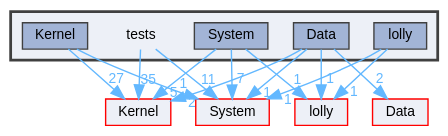
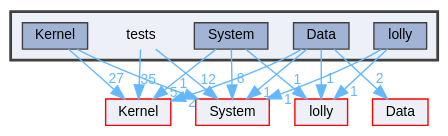
One commit to XmacsLabs/lolly changed the diagram in dir_59425e443f801f1f2fd8bbe4959a3ccf_dep.dot. Above: the diagram before and after it, drawn with Graphviz. The commit also changed 79 other files, not shown here.

```diff
--- a/dir_59425e443f801f1f2fd8bbe4959a3ccf_dep.dot
+++ b/dir_59425e443f801f1f2fd8bbe4959a3ccf_dep.dot
@@ -1,33 +1,33 @@
 digraph "tests"
 {
  // LATEX_PDF_SIZE
   bgcolor="transparent";
   edge [fontname=Helvetica,fontsize=10,labelfontname=Helvetica,labelfontsize=10];
   node [fontname=Helvetica,fontsize=10,shape=box,height=0.2,width=0.4];
   compound=true
   subgraph clusterdir_59425e443f801f1f2fd8bbe4959a3ccf {
     graph [ bgcolor="#edf0f7", pencolor="grey25", label="", fontname=Helvetica,fontsize=10 style="filled,bold", URL="dir_59425e443f801f1f2fd8bbe4959a3ccf.html",tooltip=""]
     dir_59425e443f801f1f2fd8bbe4959a3ccf [shape=plaintext, label="tests"];
   dir_0e16d6e1be87168091a429944e6ef96f [label="Data", fillcolor="#a2b4d6", color="grey25", style="filled", URL="dir_0e16d6e1be87168091a429944e6ef96f.html",tooltip=""];
   dir_b3a824bd1972d499ced956e15ea89baa [label="Kernel", fillcolor="#a2b4d6", color="grey25", style="filled", URL="dir_b3a824bd1972d499ced956e15ea89baa.html",tooltip=""];
   dir_906012d88d63f17afb541864e9a9bce2 [label="lolly", fillcolor="#a2b4d6", color="grey25", style="filled", URL="dir_906012d88d63f17afb541864e9a9bce2.html",tooltip=""];
   dir_df16762c41d55ab81241d1dd50493298 [label="System", fillcolor="#a2b4d6", color="grey25", style="filled", URL="dir_df16762c41d55ab81241d1dd50493298.html",tooltip=""];
   }
   dir_4e4e38b7a3cbd015b31043c806009c51 [label="lolly", fillcolor="#edf0f7", color="red", style="filled", URL="dir_4e4e38b7a3cbd015b31043c806009c51.html",tooltip=""];
   dir_52bed8acfaac088d5968cb2c84d7645d [label="Kernel", fillcolor="#edf0f7", color="red", style="filled", URL="dir_52bed8acfaac088d5968cb2c84d7645d.html",tooltip=""];
   dir_9af51e3826d4f9e80d9103b2de543e84 [label="System", fillcolor="#edf0f7", color="red", style="filled", URL="dir_9af51e3826d4f9e80d9103b2de543e84.html",tooltip=""];
   dir_e3d743d0ec9b4013b28b5d69101bc7fb [label="Data", fillcolor="#edf0f7", color="red", style="filled", URL="dir_e3d743d0ec9b4013b28b5d69101bc7fb.html",tooltip=""];
   dir_59425e443f801f1f2fd8bbe4959a3ccf->dir_52bed8acfaac088d5968cb2c84d7645d [headlabel="35", labeldistance=1.5 headhref="dir_000037_000020.html" color="steelblue1" fontcolor="steelblue1"];
-  dir_59425e443f801f1f2fd8bbe4959a3ccf->dir_9af51e3826d4f9e80d9103b2de543e84 [headlabel="11", labeldistance=1.5 headhref="dir_000037_000034.html" color="steelblue1" fontcolor="steelblue1"];
+  dir_59425e443f801f1f2fd8bbe4959a3ccf->dir_9af51e3826d4f9e80d9103b2de543e84 [headlabel="12", labeldistance=1.5 headhref="dir_000037_000034.html" color="steelblue1" fontcolor="steelblue1"];
   dir_0e16d6e1be87168091a429944e6ef96f->dir_52bed8acfaac088d5968cb2c84d7645d [headlabel="2", labeldistance=1.5 headhref="dir_000009_000020.html" color="steelblue1" fontcolor="steelblue1"];
   dir_0e16d6e1be87168091a429944e6ef96f->dir_4e4e38b7a3cbd015b31043c806009c51 [headlabel="1", labeldistance=1.5 headhref="dir_000009_000023.html" color="steelblue1" fontcolor="steelblue1"];
   dir_0e16d6e1be87168091a429944e6ef96f->dir_9af51e3826d4f9e80d9103b2de543e84 [headlabel="1", labeldistance=1.5 headhref="dir_000009_000034.html" color="steelblue1" fontcolor="steelblue1"];
   dir_0e16d6e1be87168091a429944e6ef96f->dir_e3d743d0ec9b4013b28b5d69101bc7fb [headlabel="2", labeldistance=1.5 headhref="dir_000009_000007.html" color="steelblue1" fontcolor="steelblue1"];
   dir_b3a824bd1972d499ced956e15ea89baa->dir_52bed8acfaac088d5968cb2c84d7645d [headlabel="27", labeldistance=1.5 headhref="dir_000021_000020.html" color="steelblue1" fontcolor="steelblue1"];
   dir_b3a824bd1972d499ced956e15ea89baa->dir_9af51e3826d4f9e80d9103b2de543e84 [headlabel="1", labeldistance=1.5 headhref="dir_000021_000034.html" color="steelblue1" fontcolor="steelblue1"];
   dir_906012d88d63f17afb541864e9a9bce2->dir_4e4e38b7a3cbd015b31043c806009c51 [headlabel="1", labeldistance=1.5 headhref="dir_000024_000023.html" color="steelblue1" fontcolor="steelblue1"];
   dir_906012d88d63f17afb541864e9a9bce2->dir_9af51e3826d4f9e80d9103b2de543e84 [headlabel="1", labeldistance=1.5 headhref="dir_000024_000034.html" color="steelblue1" fontcolor="steelblue1"];
   dir_df16762c41d55ab81241d1dd50493298->dir_4e4e38b7a3cbd015b31043c806009c51 [headlabel="1", labeldistance=1.5 headhref="dir_000036_000023.html" color="steelblue1" fontcolor="steelblue1"];
   dir_df16762c41d55ab81241d1dd50493298->dir_52bed8acfaac088d5968cb2c84d7645d [headlabel="5", labeldistance=1.5 headhref="dir_000036_000020.html" color="steelblue1" fontcolor="steelblue1"];
-  dir_df16762c41d55ab81241d1dd50493298->dir_9af51e3826d4f9e80d9103b2de543e84 [headlabel="7", labeldistance=1.5 headhref="dir_000036_000034.html" color="steelblue1" fontcolor="steelblue1"];
+  dir_df16762c41d55ab81241d1dd50493298->dir_9af51e3826d4f9e80d9103b2de543e84 [headlabel="8", labeldistance=1.5 headhref="dir_000036_000034.html" color="steelblue1" fontcolor="steelblue1"];
 }
```
